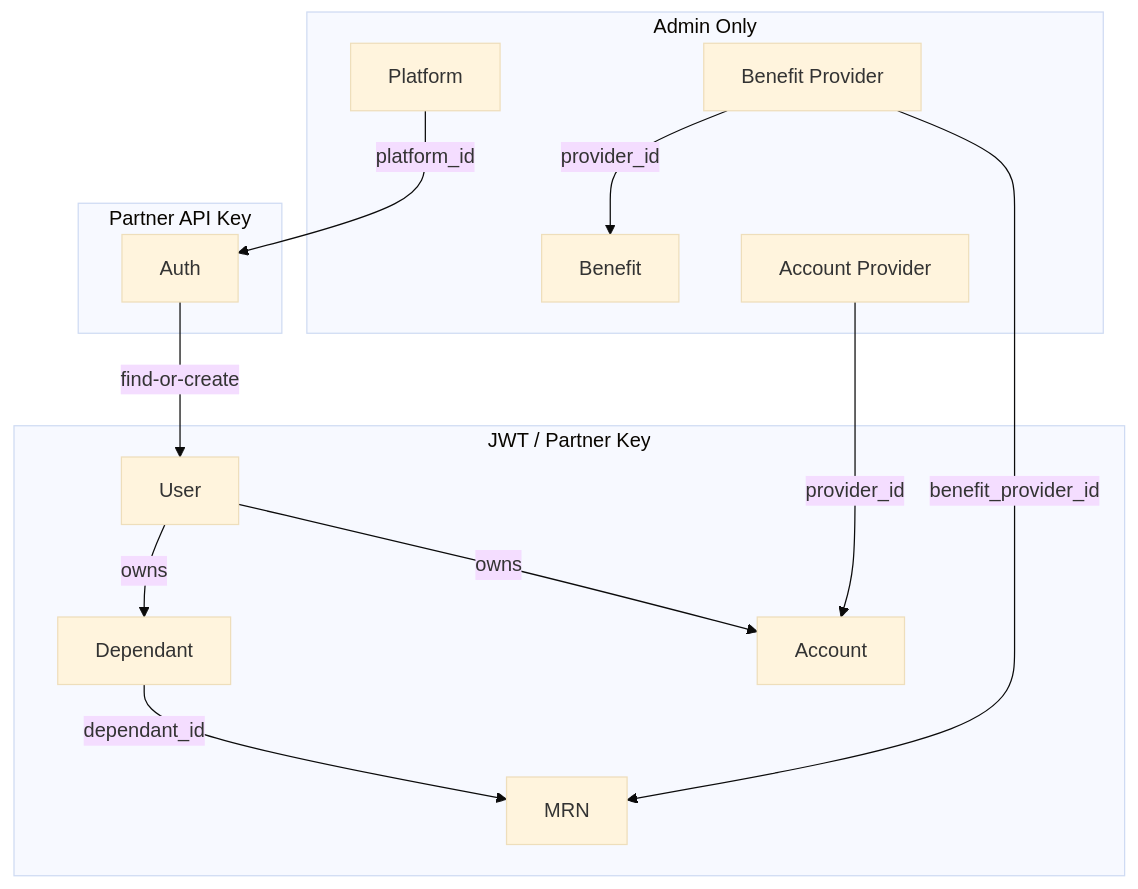
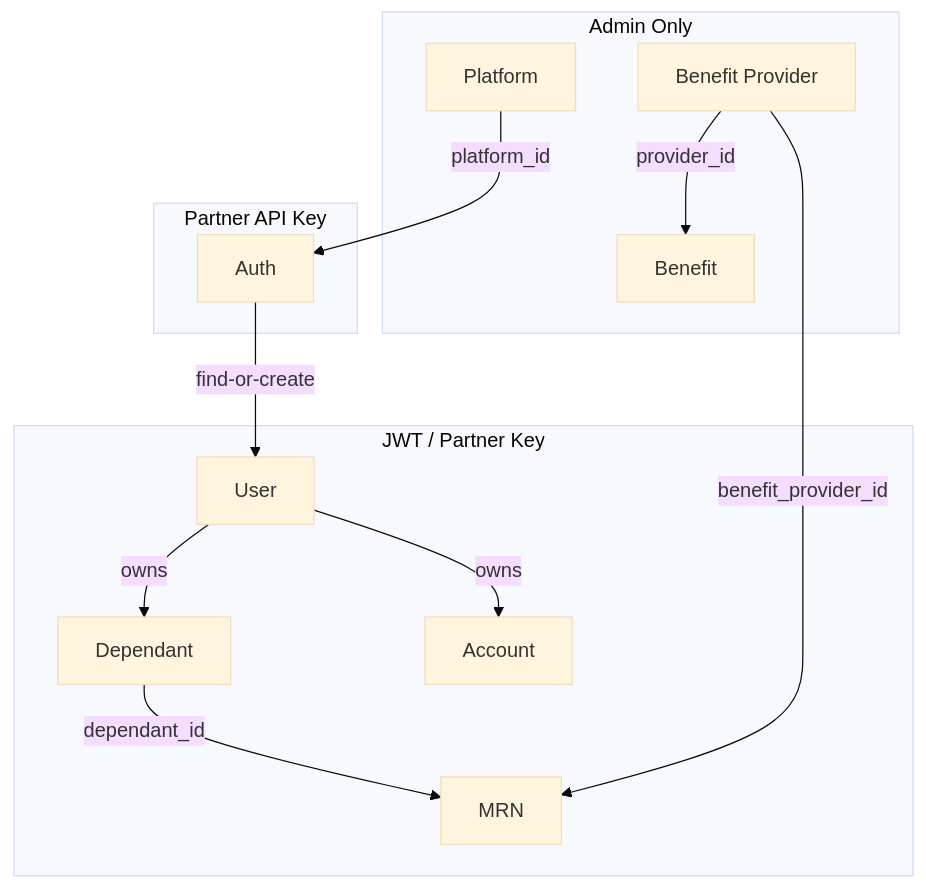
One commit to anu19981/aarokya-backend changed the first of 2 diagrams in api-reference/modules/overview.mdx. Above: the diagram before and after it, drawn with Mermaid (base theme). The commit also changed other lines of this file and 9 other files, not shown here.

````diff
--- a/api-reference/modules/overview.mdx
+++ b/api-reference/modules/overview.mdx
@@ -8,27 +8,25 @@
 ```mermaid
 flowchart TD
     subgraph Admin["Admin Only"]
         PLAT[Platform]
         BP[Benefit Provider]
         BEN[Benefit]
-        AP[Account Provider]
     end
     subgraph Partner["Partner API Key"]
         AUTH[Auth]
     end
     subgraph UserOps["JWT / Partner Key"]
         USR[User]
         DEP[Dependant]
         ACC[Account]
         MRN[MRN]
     end
 
     PLAT -->|platform_id| AUTH
     AUTH -->|find-or-create| USR
     USR -->|owns| DEP
     USR -->|owns| ACC
-    AP -->|provider_id| ACC
     BP -->|provider_id| BEN
     DEP -->|dependant_id| MRN
     BP -->|benefit_provider_id| MRN
 ```
````
